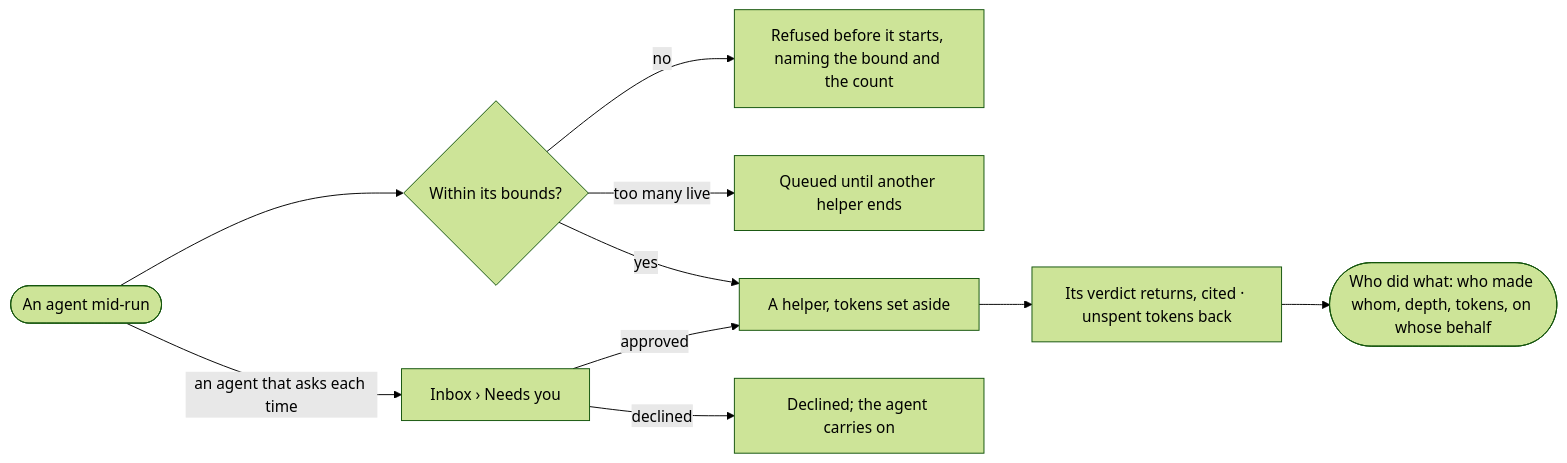
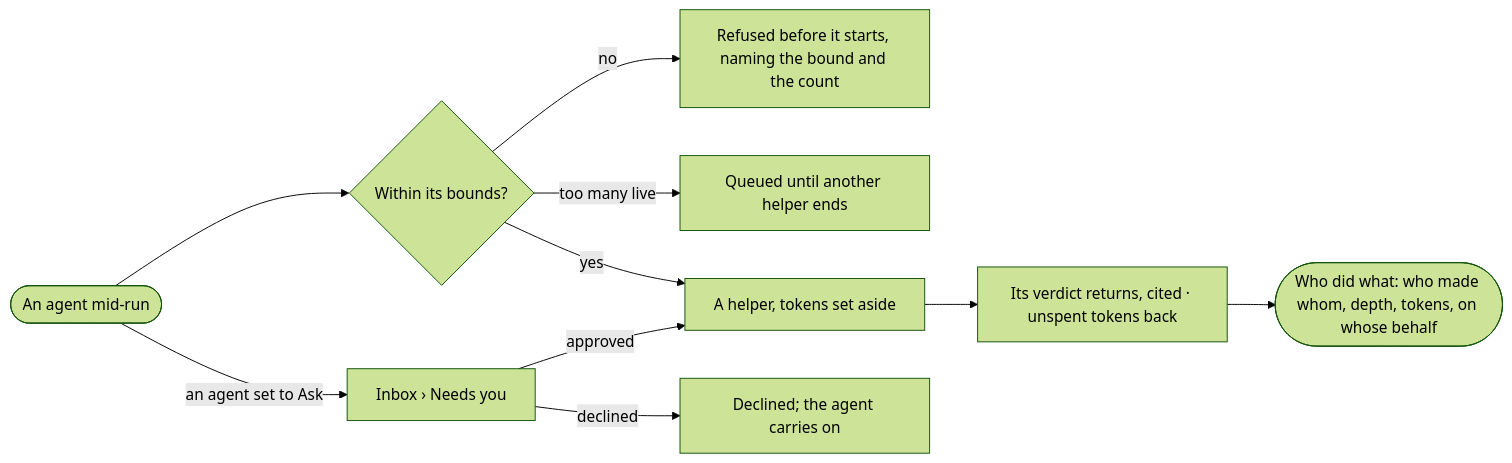
Before and after one commit to invana/invana: the diagram in specs/products/agents/features/AG-F05-delegation-and-outside-agents/stories/AG-24-see-who-made-whom-and-hand-work-to-a-helper-within-bounds/story.md, drawn with Mermaid (forest theme). The commit also changed other lines of this file and 425 other files, not shown here.

````diff
--- a/specs/products/agents/features/AG-F05-delegation-and-outside-agents/stories/AG-24-see-who-made-whom-and-hand-work-to-a-helper-within-bounds/story.md
+++ b/specs/products/agents/features/AG-F05-delegation-and-outside-agents/stories/AG-24-see-who-made-whom-and-hand-work-to-a-helper-within-bounds/story.md
@@ -27,12 +27,12 @@
 ```mermaid
 flowchart LR
   a([An agent mid-run]) --> b{"Within its bounds?"}
   b -->|no| r["Refused before it starts, naming the bound and the count"]
   b -->|too many live| q["Queued until another helper ends"]
   b -->|yes| h["A helper, tokens set aside"]
-  a -->|an agent that asks each time| ask["Inbox › Needs you"]
+  a -->|an agent set to Ask| ask["Inbox › Needs you"]
   ask -->|approved| h
   ask -->|declined| d["Declined; the agent carries on"]
   h --> v["Its verdict returns, cited · unspent tokens back"]
   v --> t(["Who did what: who made whom, depth, tokens, on whose behalf"])
 ```
````
